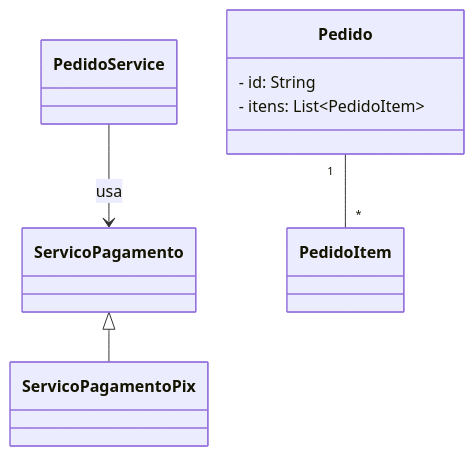
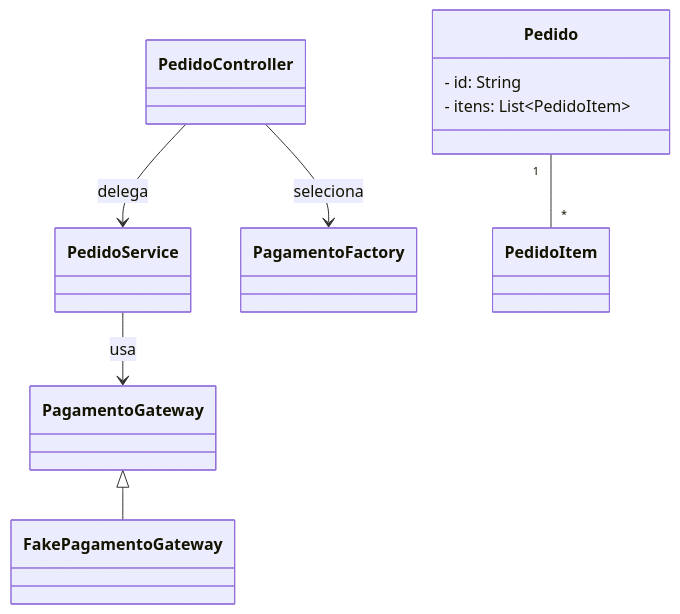
One commit to ProfBezerra/T200-ProjArqSist changed the first of 2 diagrams in apostilas-grasp/protected-variations.md. Above: the diagram before and after it, drawn with Mermaid. The commit also changed other lines of this file and 14 other files, not shown here.

````diff
--- a/apostilas-grasp/protected-variations.md
+++ b/apostilas-grasp/protected-variations.md
@@ -82,15 +83,19 @@
 ```mermaid
 classDiagram
-	class Pedido {
-		- id: String
-		- itens: List~PedidoItem~
-	}
+  class Pedido {
+    - id: String
+    - itens: List~PedidoItem~
+  }
 
-	interface ServicoPagamento
-	class ServicoPagamentoPix
-	class PedidoService
+  interface PagamentoGateway
+  class FakePagamentoGateway
+  class PedidoService
+  class PedidoController
+  class PagamentoFactory
 
-	PedidoService --> ServicoPagamento : usa
-	ServicoPagamento <|-- ServicoPagamentoPix
-	Pedido "1" -- "*" PedidoItem
+  PedidoController --> PagamentoFactory : seleciona
+  PedidoController --> PedidoService : delega
+  PedidoService --> PagamentoGateway : usa
+  PagamentoGateway <|-- FakePagamentoGateway
+  Pedido "1" -- "*" PedidoItem
 ```
````
